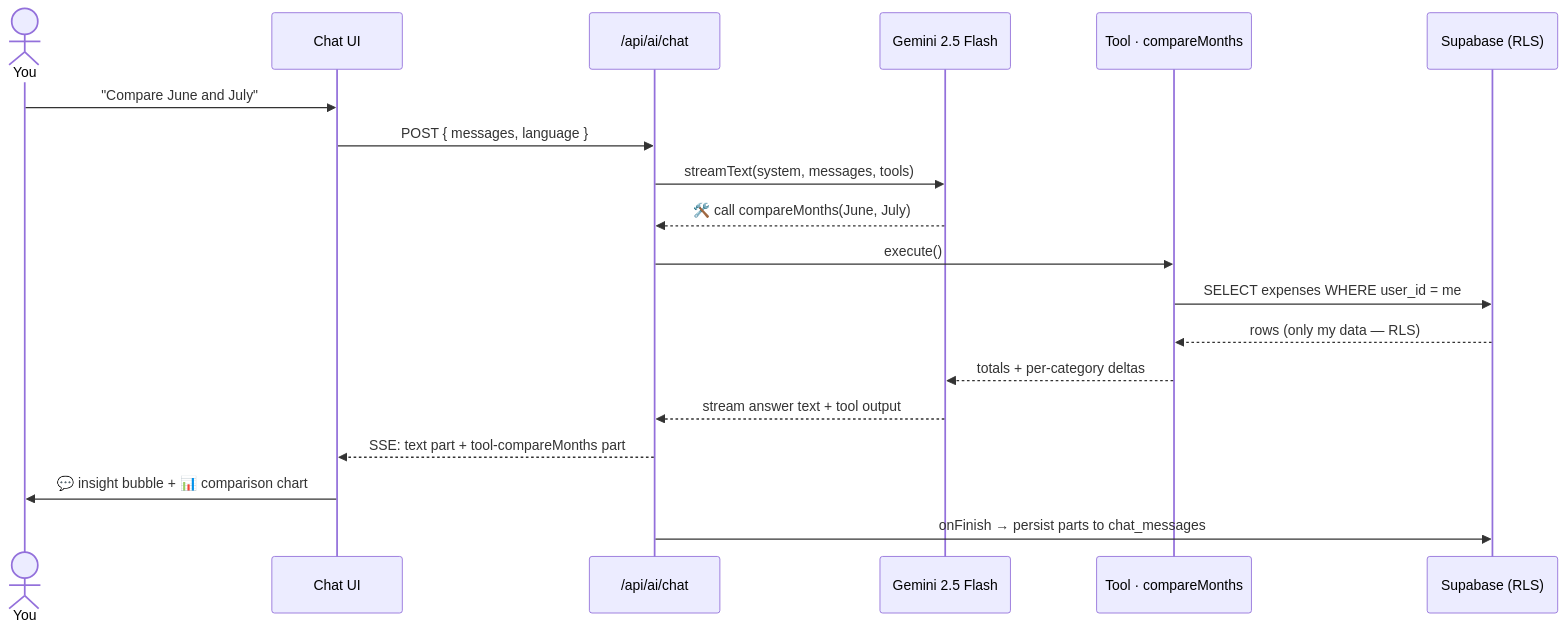
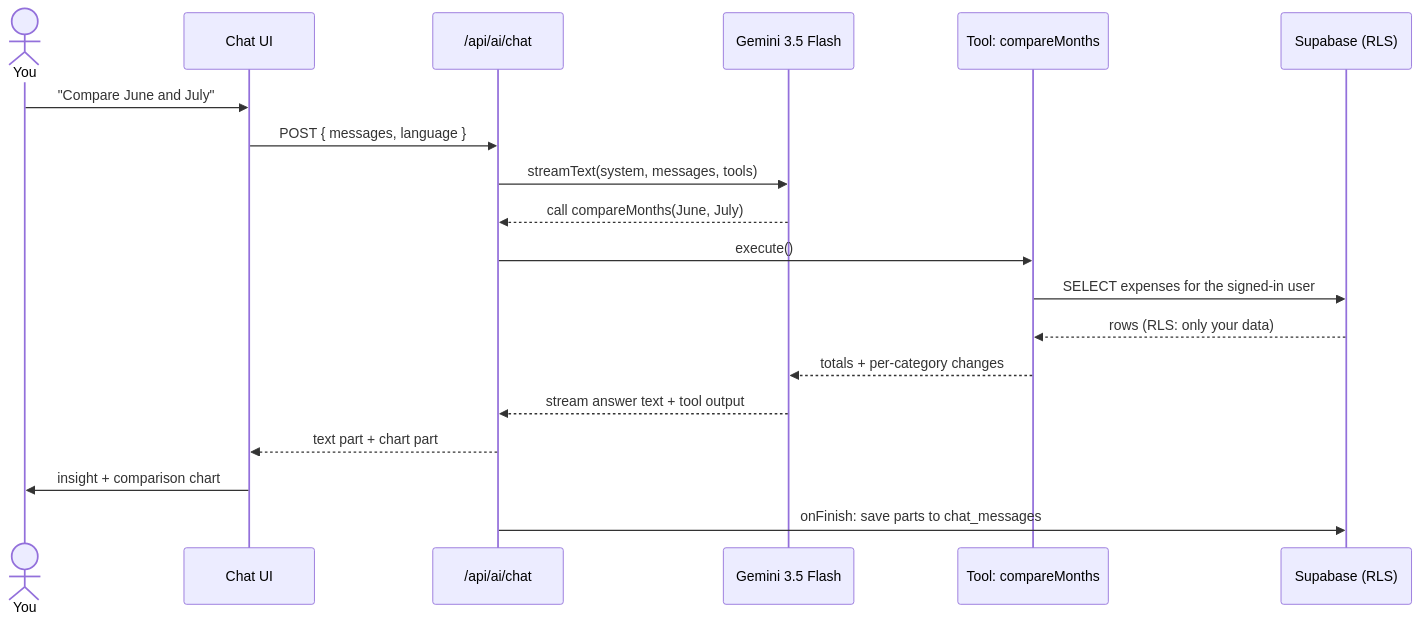
Before and after one commit to filan214/AIFinanceTracker: the second of 4 diagrams in README.md, drawn with Mermaid. The commit also changed other lines of this file, not shown here.

````diff
--- a/README.md
+++ b/README.md
@@ -76,22 +115,22 @@
 ```mermaid
 sequenceDiagram
     actor U as You
     participant C as Chat UI
     participant API as /api/ai/chat
-    participant LLM as Gemini 2.5 Flash
-    participant T as Tool · compareMonths
+    participant LLM as Gemini 3.5 Flash
+    participant T as Tool: compareMonths
     participant DB as Supabase (RLS)
 
     U->>C: "Compare June and July"
     C->>API: POST { messages, language }
     API->>LLM: streamText(system, messages, tools)
-    LLM-->>API: 🛠️ call compareMonths(June, July)
+    LLM-->>API: call compareMonths(June, July)
     API->>T: execute()
-    T->>DB: SELECT expenses WHERE user_id = me
-    DB-->>T: rows (only my data — RLS)
-    T-->>LLM: totals + per-category deltas
+    T->>DB: SELECT expenses for the signed-in user
+    DB-->>T: rows (RLS: only your data)
+    T-->>LLM: totals + per-category changes
     LLM-->>API: stream answer text + tool output
-    API-->>C: SSE: text part + tool-compareMonths part
-    C->>U: 💬 insight bubble + 📊 comparison chart
-    API->>DB: onFinish → persist parts to chat_messages
+    API-->>C: text part + chart part
+    C->>U: insight + comparison chart
+    API->>DB: onFinish: save parts to chat_messages
 ```
````
